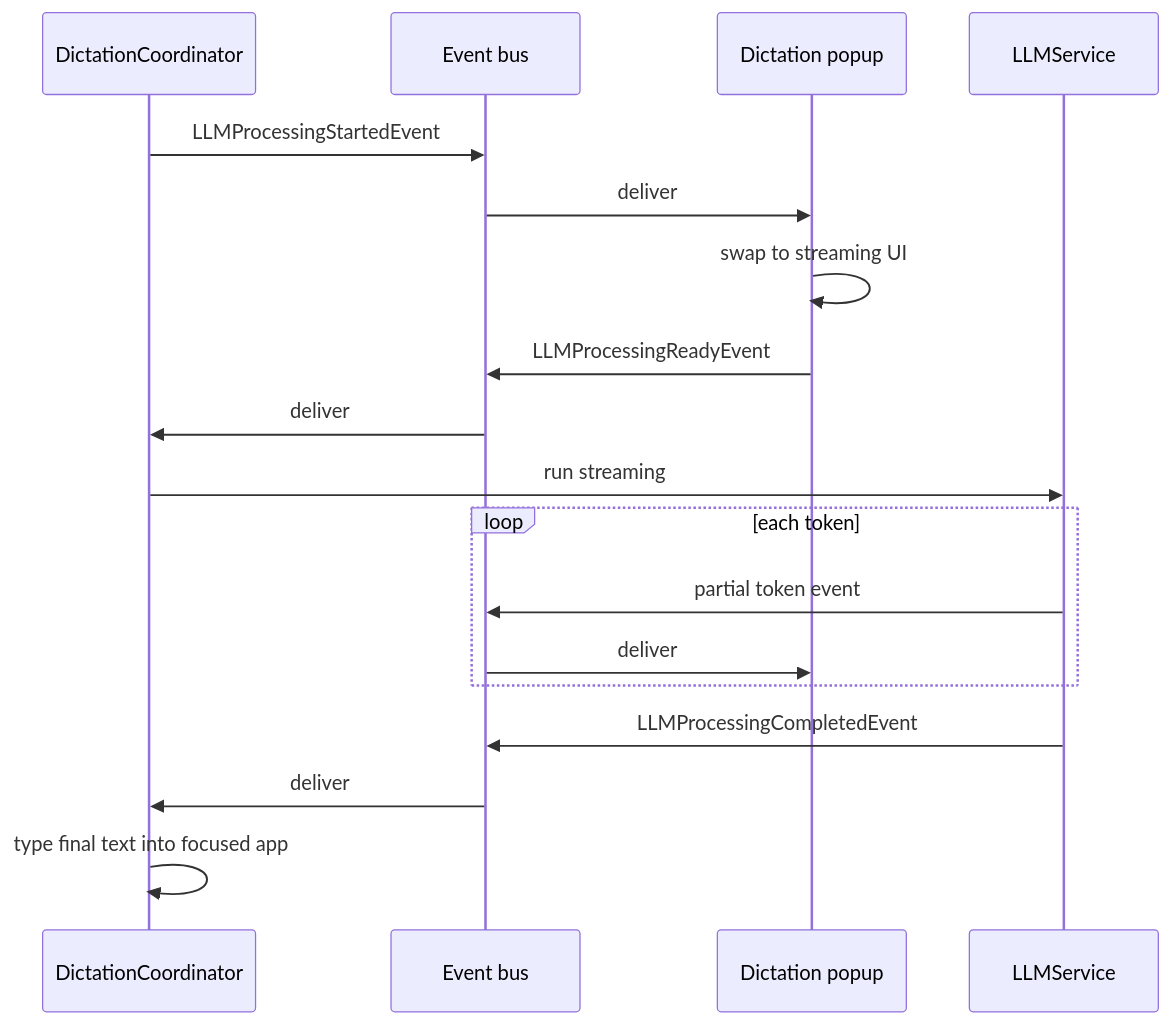
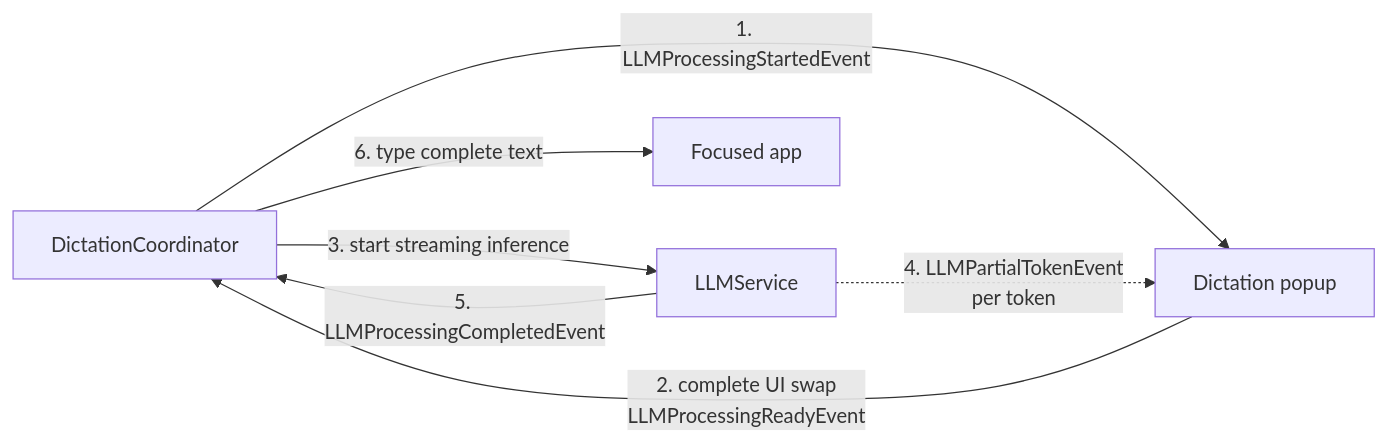
The fifth of 5 diagrams in docs/developer/features/dictation_flow.rst (rick12000/vocalance), drawn with Mermaid before and after one commit. The commit also changed other lines of this file and 30 other files, not shown here.

```diff
--- a/docs/developer/features/dictation_flow.rst
+++ b/docs/developer/features/dictation_flow.rst
@@ -284,21 +338,14 @@
 .. mermaid::
 
-   sequenceDiagram
-       participant Coord as DictationCoordinator
-       participant Bus as Event bus
-       participant Popup as Dictation popup
-       participant LLM as LLMService
+   flowchart LR
+       Coord[DictationCoordinator]
+       Popup[Dictation popup]
+       LLM[LLMService]
+       App[Focused app]
 
-       Coord->>Bus: LLMProcessingStartedEvent
-       Bus->>Popup: deliver
-       Popup->>Popup: swap to streaming UI
-       Popup->>Bus: LLMProcessingReadyEvent
-       Bus->>Coord: deliver
-       Coord->>LLM: run streaming
-       loop each token
-           LLM->>Bus: partial token event
-           Bus->>Popup: deliver
-       end
-       LLM->>Bus: LLMProcessingCompletedEvent
-       Bus->>Coord: deliver
-       Coord->>Coord: type final text into focused app
+       Coord -->|1. LLMProcessingStartedEvent| Popup
+       Popup -->|2. complete UI swap<br/>LLMProcessingReadyEvent| Coord
+       Coord -->|3. start streaming inference| LLM
+       LLM -.->|4. LLMPartialTokenEvent<br/>per token| Popup
+       LLM -->|5. LLMProcessingCompletedEvent| Coord
+       Coord -->|6. type complete text| App
```
